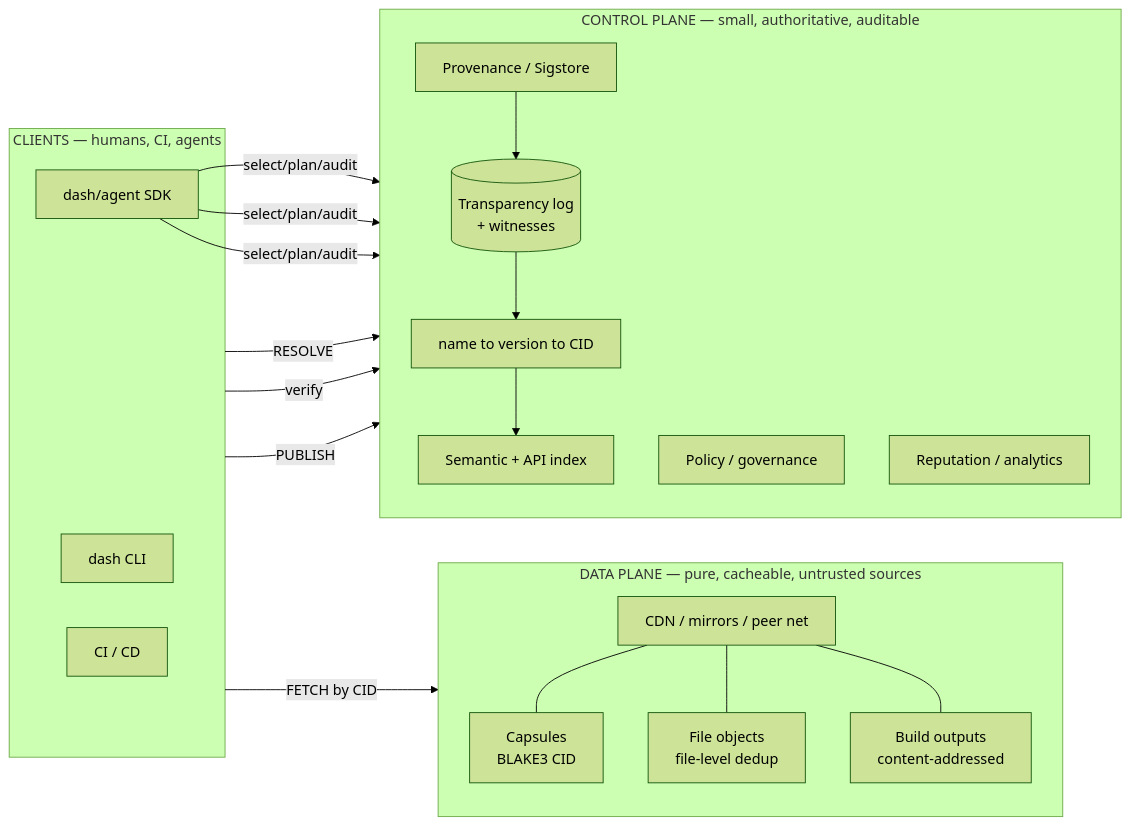
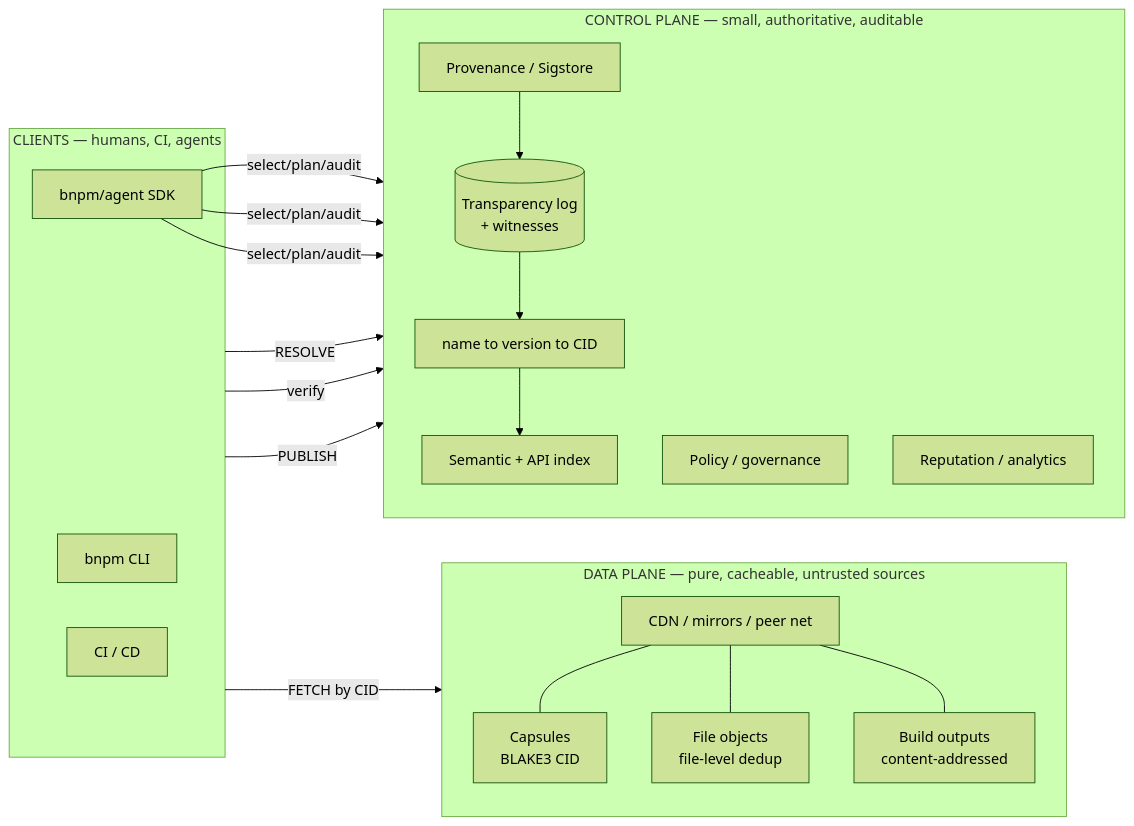
One commit to gabrielvfonseca/better-npm changed the second of 2 diagrams in docs/docs/DESIGN.md. Above: the diagram before and after it, drawn with Mermaid (forest theme). The commit also changed other lines of this file and 368 other files, not shown here.

````diff
--- a/docs/docs/DESIGN.md
+++ b/docs/docs/DESIGN.md
@@ -745,31 +745,31 @@
 ```mermaid
 flowchart LR
   subgraph DataPlane["DATA PLANE — pure, cacheable, untrusted sources"]
     direction TB
     C1[Capsules<br/>BLAKE3 CID]
     C2[File objects<br/>file-level dedup]
     C3[Build outputs<br/>content-addressed]
     CDN[CDN / mirrors / peer net]
   end
   subgraph ControlPlane["CONTROL PLANE — small, authoritative, auditable"]
     direction TB
     P1[name to version to CID]
     P2[(Transparency log<br/>+ witnesses)]
     P3[Provenance / Sigstore]
     P4[Policy / governance]
     P5[Semantic + API index]
     P6[Reputation / analytics]
   end
   subgraph Clients["CLIENTS — humans, CI, agents"]
-    H[dash CLI]
-    A[dash/agent SDK]
+    H[bnpm CLI]
+    A[bnpm/agent SDK]
     CI[CI / CD]
   end
   Clients -->|RESOLVE| P1
   Clients -->|verify| P2
   Clients -->|FETCH by CID| CDN
   CDN --- C1 & C2 & C3
   Clients -->|PUBLISH| P3 --> P2 --> P1
   P1 --> P5
   A -->|select/plan/audit| P5 & P4 & P6
 ```
````
